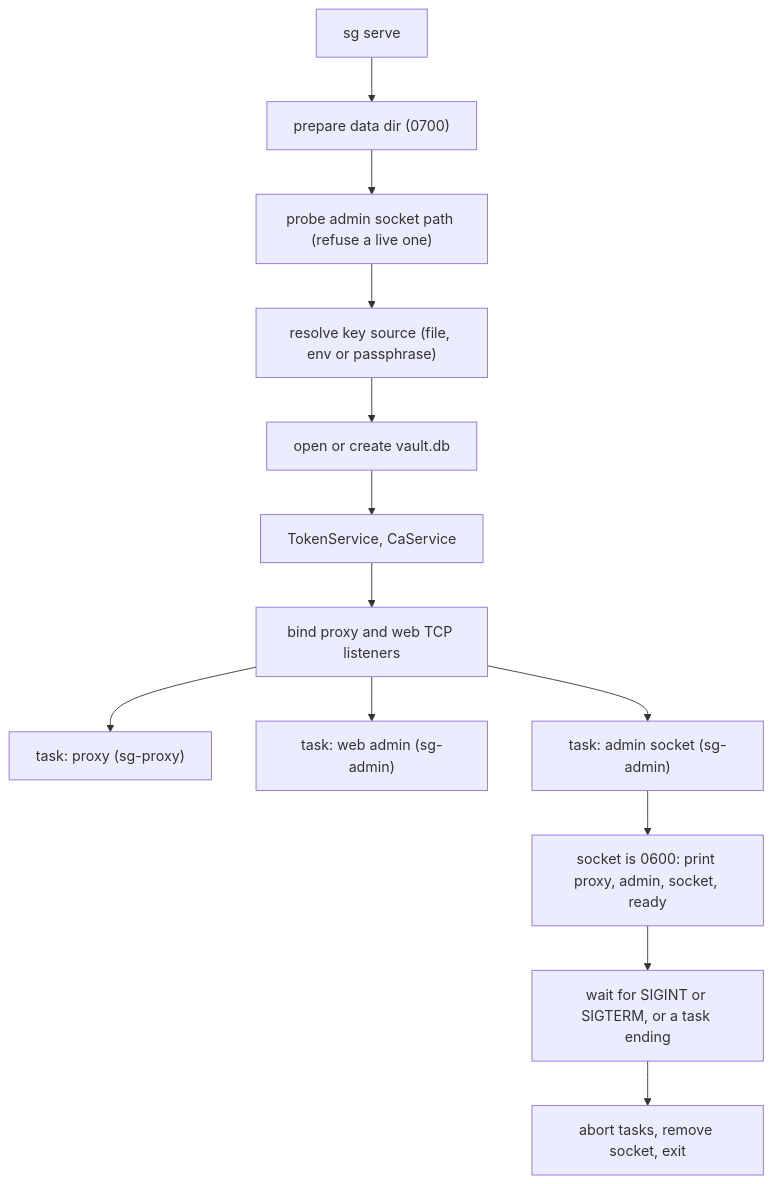
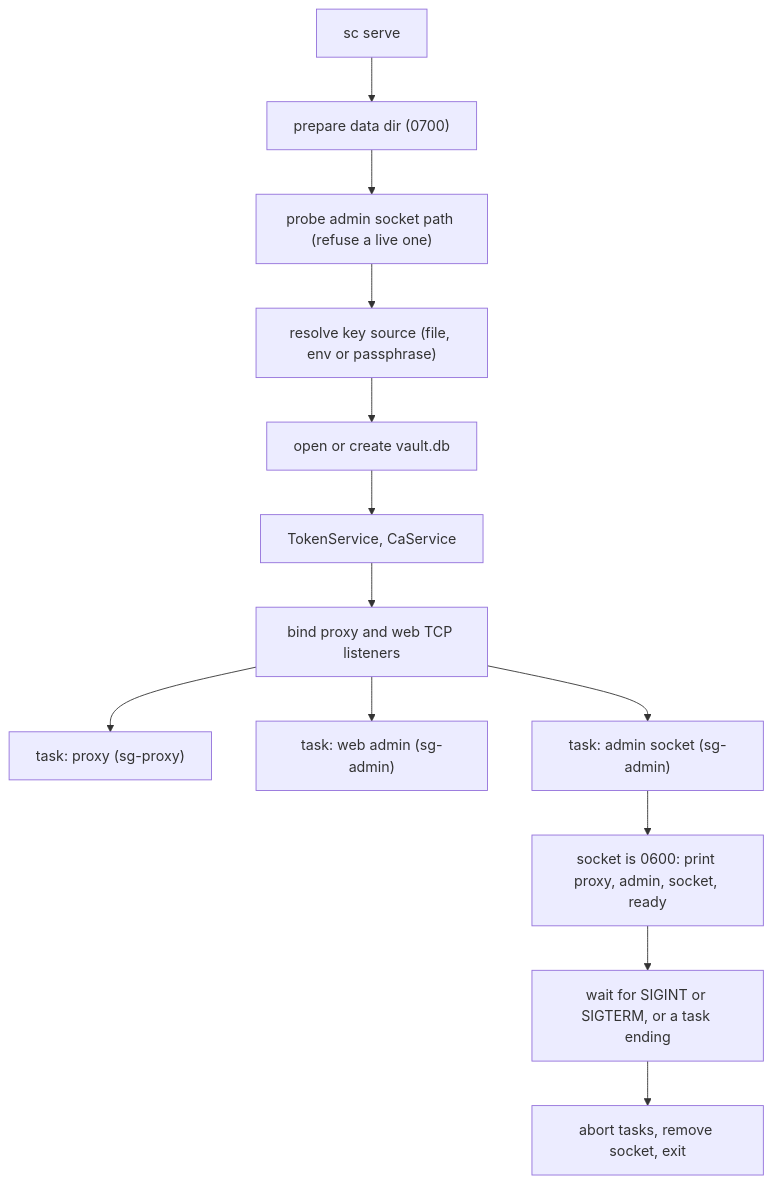
One commit to javanton/secret-custodian changed the second of 3 diagrams in docs/architecture.md. Above: the diagram before and after it, drawn with Mermaid. The commit also changed other lines of this file and 32 other files, not shown here.

````diff
--- a/docs/architecture.md
+++ b/docs/architecture.md
@@ -110,15 +110,15 @@
 ```mermaid
 flowchart TD
-    start["sg serve"] --> dir["prepare data dir (0700)"]
+    start["sc serve"] --> dir["prepare data dir (0700)"]
     dir --> probe["probe admin socket path (refuse a live one)"]
     probe --> key["resolve key source (file, env or passphrase)"]
     key --> open["open or create vault.db"]
     open --> svc["TokenService, CaService"]
     svc --> bind["bind proxy and web TCP listeners"]
     bind --> t1["task: proxy (sg-proxy)"]
     bind --> t2["task: web admin (sg-admin)"]
     bind --> t3["task: admin socket (sg-admin)"]
     t3 --> ready["socket is 0600: print proxy, admin, socket, ready"]
     ready --> wait["wait for SIGINT or SIGTERM, or a task ending"]
     wait --> stop["abort tasks, remove socket, exit"]
 ```
````
